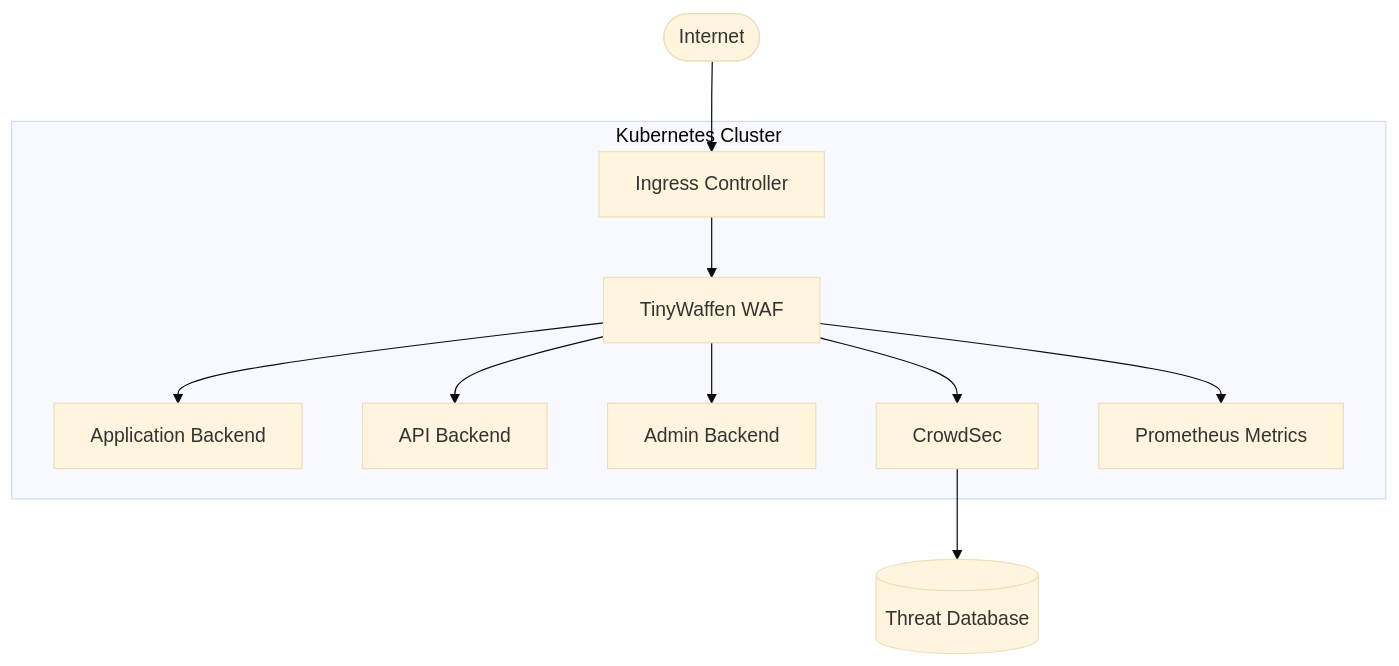
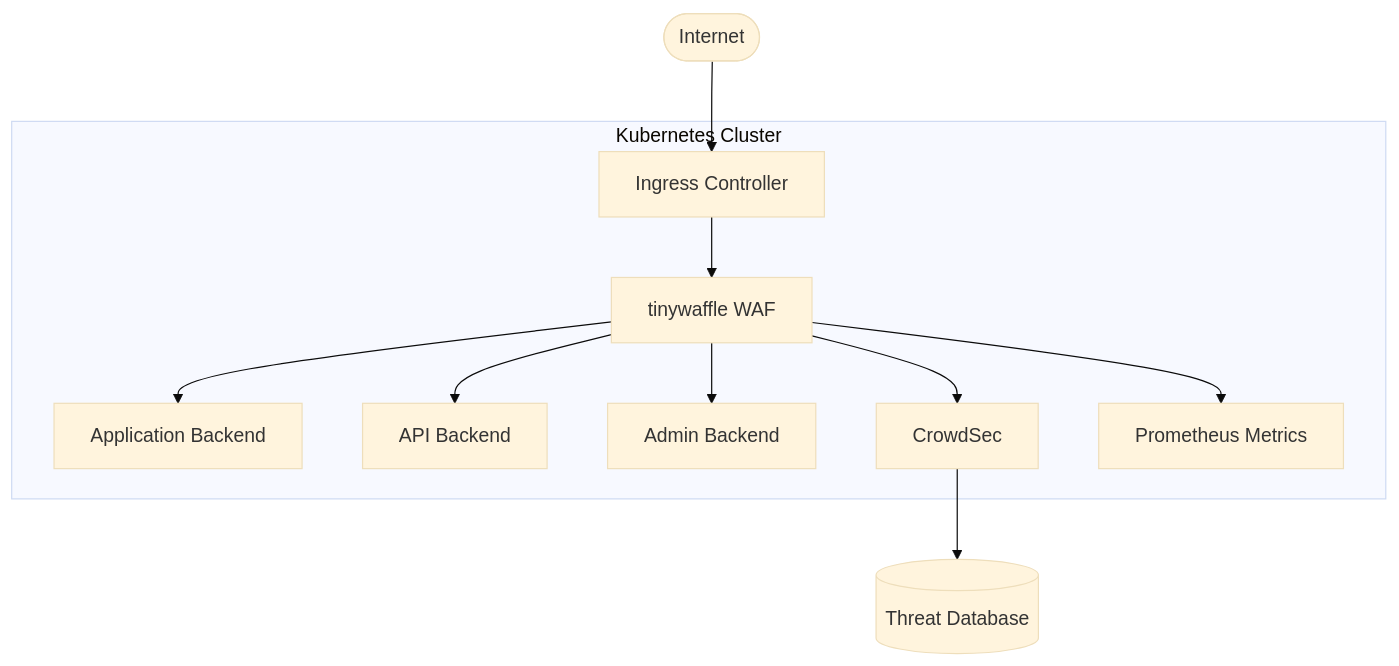
One commit to Jesssullivan/tinywaffle changed the diagram in README.md. Above: the diagram before and after it, drawn with Mermaid (base theme). The commit also changed other lines of this file and 11 other files, not shown here.

````diff
--- a/README.md
+++ b/README.md
@@ -29,22 +29,22 @@
 ```mermaid
 graph TB
     Internet([Internet]) --> Ingress[Ingress Controller]
-    Ingress --> TW[TinyWaffen WAF]
+    Ingress --> TW[tinywaffle WAF]
     TW --> App[Application Backend]
     TW --> API[API Backend]
     TW --> Admin[Admin Backend]
     
     TW --> CS[CrowdSec]
     TW --> Metrics[Prometheus Metrics]
     CS --> ThreatDB[(Threat Database)]
     
     subgraph "Kubernetes Cluster"
         Ingress
         TW
         App
         API
         Admin
         CS
         Metrics
     end
 ```
````
